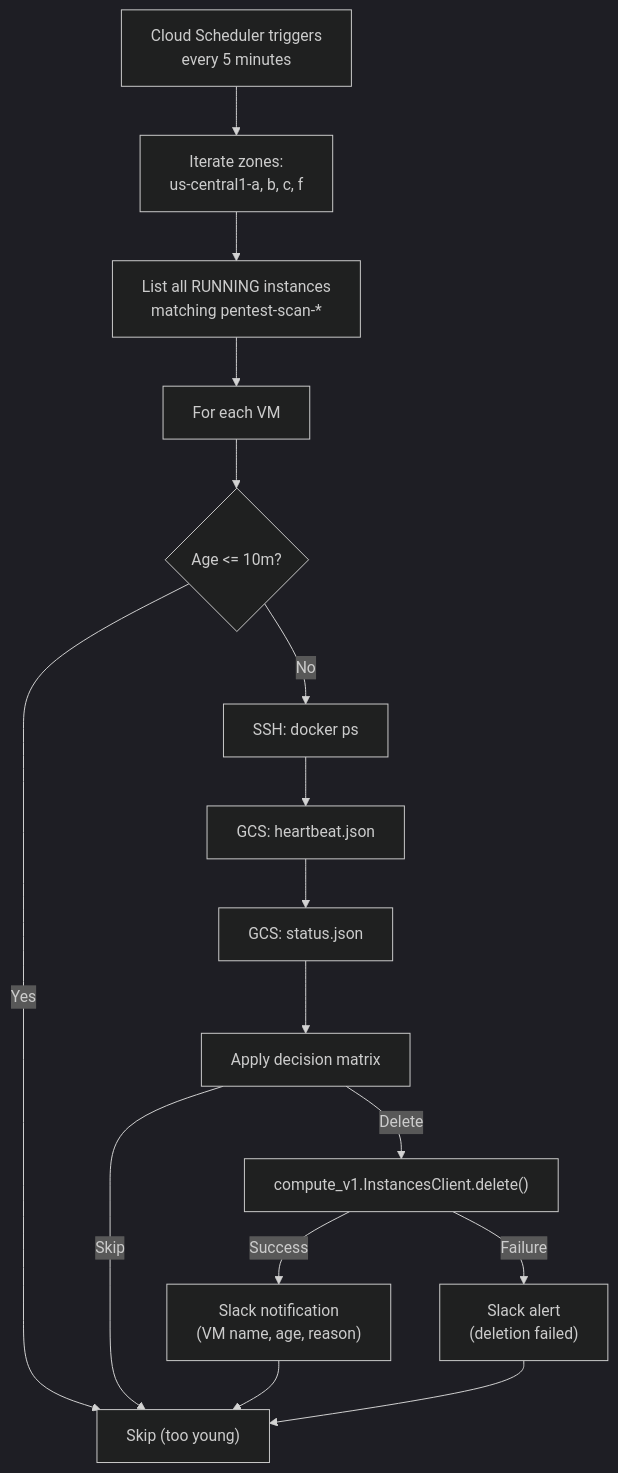
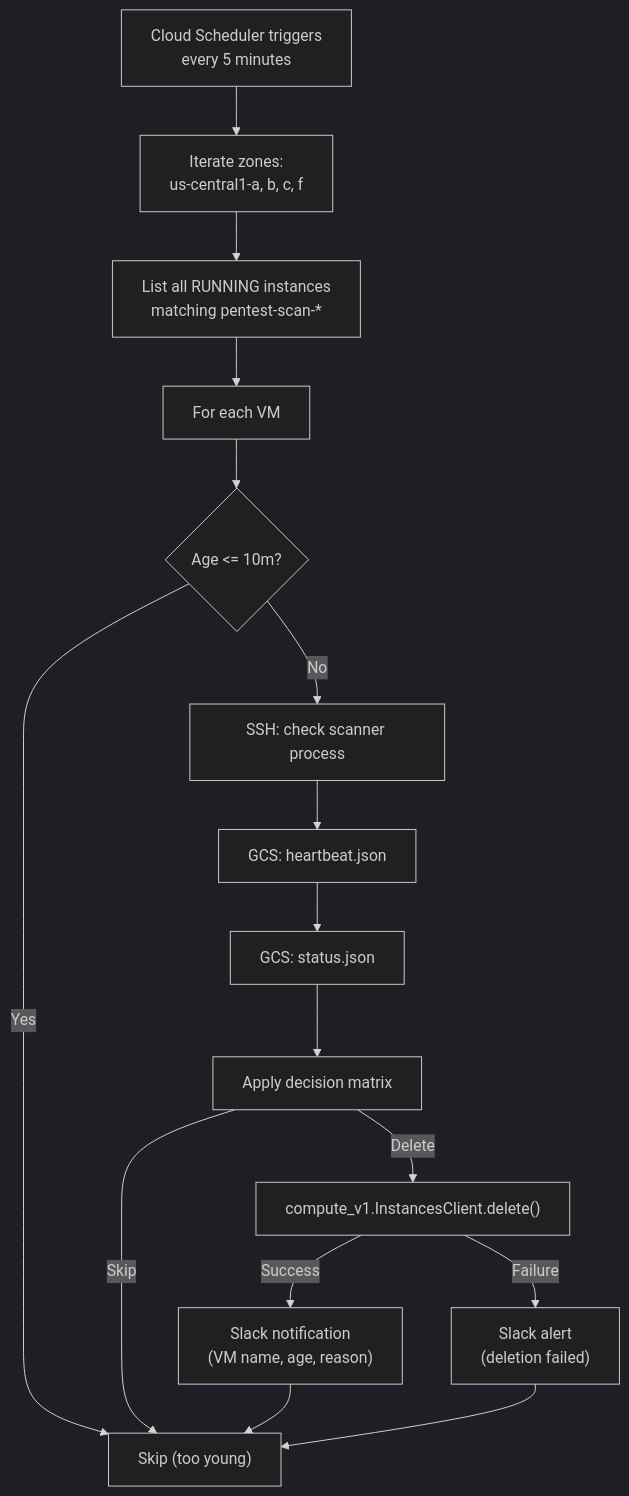
The tenth of 23 diagrams in docs/ARCHITECTURE.md (Peregrine-Technology-Systems/peregrine-penetrator-scanner), drawn with Mermaid (dark theme) before and after one commit. The commit also changed other lines of this file and 15 other files, not shown here.

````diff
--- a/docs/ARCHITECTURE.md
+++ b/docs/ARCHITECTURE.md
@@ -431,21 +431,21 @@
 ```mermaid
 flowchart TD
     Start["Cloud Scheduler triggers<br/>every 5 minutes"] --> Zones["Iterate zones:<br/>us-central1-a, b, c, f"]
     Zones --> List["List all RUNNING instances<br/>matching pentest-scan-*"]
     List --> Each["For each VM"]
 
     Each --> AgeCheck{"Age <= 10m?"}
     AgeCheck -->|Yes| NextVM["Skip (too young)"]
-    AgeCheck -->|No| SSHCheck["SSH: docker ps"]
+    AgeCheck -->|No| SSHCheck["SSH: check scanner process"]
     SSHCheck --> HBCheck["GCS: heartbeat.json"]
     HBCheck --> StatusCheck["GCS: status.json"]
     StatusCheck --> Decision["Apply decision matrix"]
 
     Decision -->|Delete| Delete["compute_v1.InstancesClient.delete()"]
     Decision -->|Skip| NextVM
     Delete -->|Success| Notify["Slack notification<br/>(VM name, age, reason)"]
     Delete -->|Failure| Alert["Slack alert<br/>(deletion failed)"]
 
     Notify --> NextVM
     Alert --> NextVM
 ```
````
